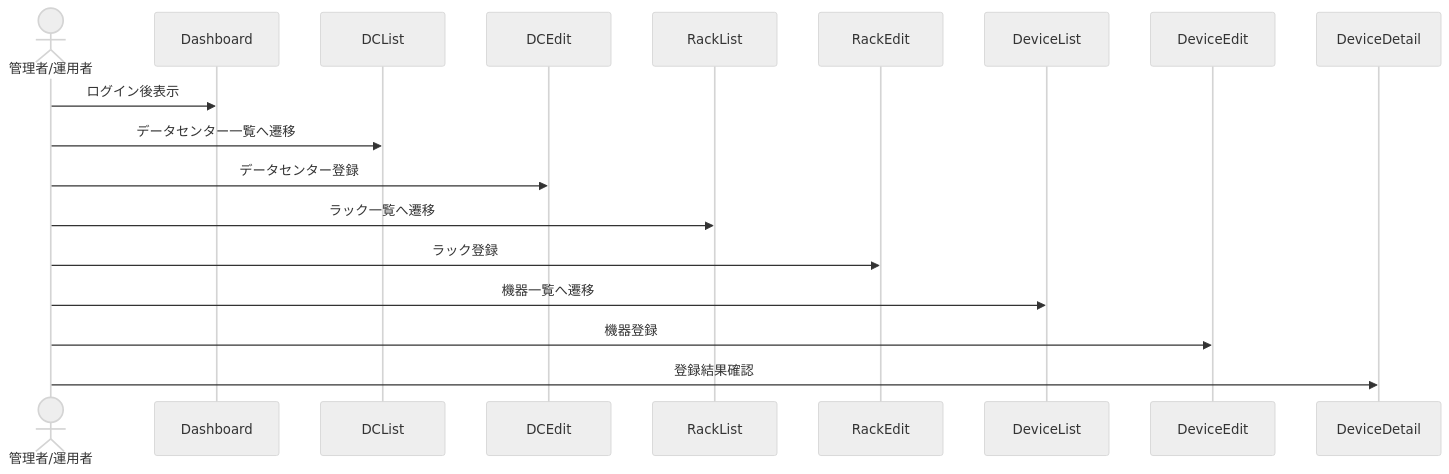
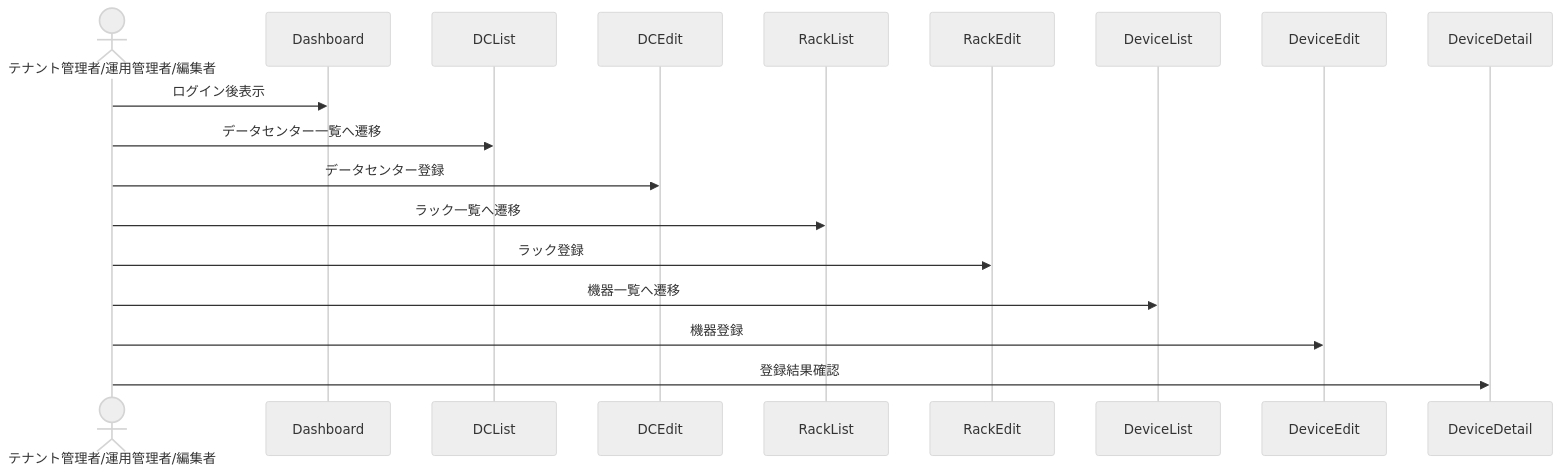
One commit to D03456/dcim changed the second of 9 diagrams in docs/03_basic_design/02_screen_transition.md. Above: the diagram before and after it, drawn with Mermaid (neutral theme). The commit also changed other lines of this file and 10 other files, not shown here.

````diff
--- a/docs/03_basic_design/02_screen_transition.md
+++ b/docs/03_basic_design/02_screen_transition.md
@@ -113,12 +123,12 @@
 ```mermaid
 sequenceDiagram
-    actor User as 管理者/運用者
+    actor User as テナント管理者/運用管理者/編集者
     User->>Dashboard: ログイン後表示
     User->>DCList: データセンター一覧へ遷移
     User->>DCEdit: データセンター登録
     User->>RackList: ラック一覧へ遷移
     User->>RackEdit: ラック登録
     User->>DeviceList: 機器一覧へ遷移
     User->>DeviceEdit: 機器登録
     User->>DeviceDetail: 登録結果確認
 ```
````
